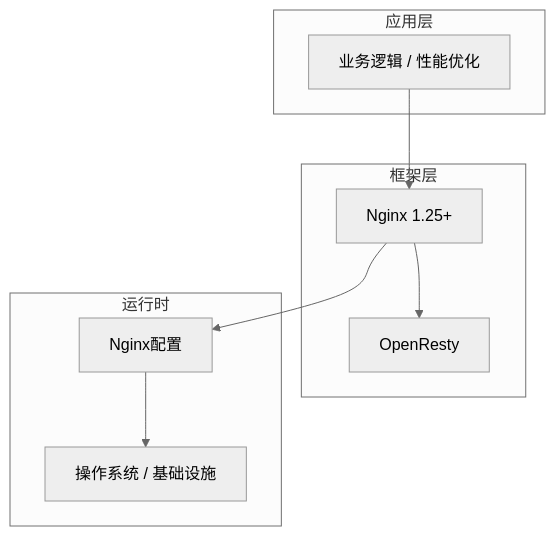
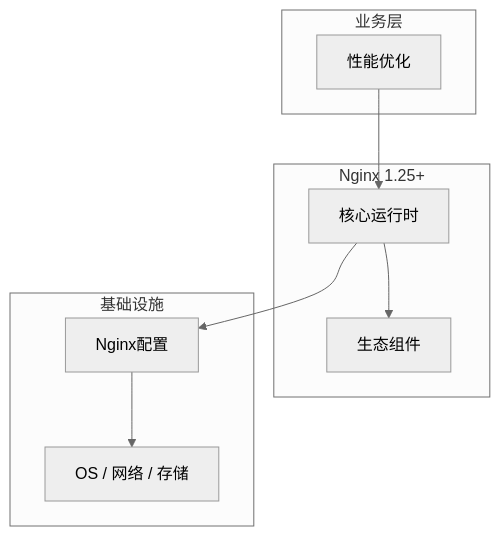
The diagram in articles/Nginx/chapters/071-性能优化核心概念与原理.md (yanggan2015/knowledge-json-v2), drawn with Mermaid (neutral theme) before and after one commit. The commit also changed other lines of this file and 10127 other files, not shown here.

````diff
--- a/articles/Nginx/chapters/071-性能优化核心概念与原理.md
+++ b/articles/Nginx/chapters/071-性能优化核心概念与原理.md
@@ -45,18 +34,18 @@
 ```mermaid
 graph TB
-    subgraph 应用层
-        A[业务逻辑 / 性能优化]
+    subgraph 业务层
+        A[性能优化]
     end
-    subgraph 框架层
-        B[Nginx 1.25+]
-        C[OpenResty]
+    subgraph Nginx 1.25+
+        B[核心运行时]
+        C[生态组件]
     end
-    subgraph 运行时
+    subgraph 基础设施
         D[Nginx配置]
-        E[操作系统 / 基础设施]
+        E[OS / 网络 / 存储]
     end
     A --> B
     B --> C
     B --> D
     D --> E
 ```
````
